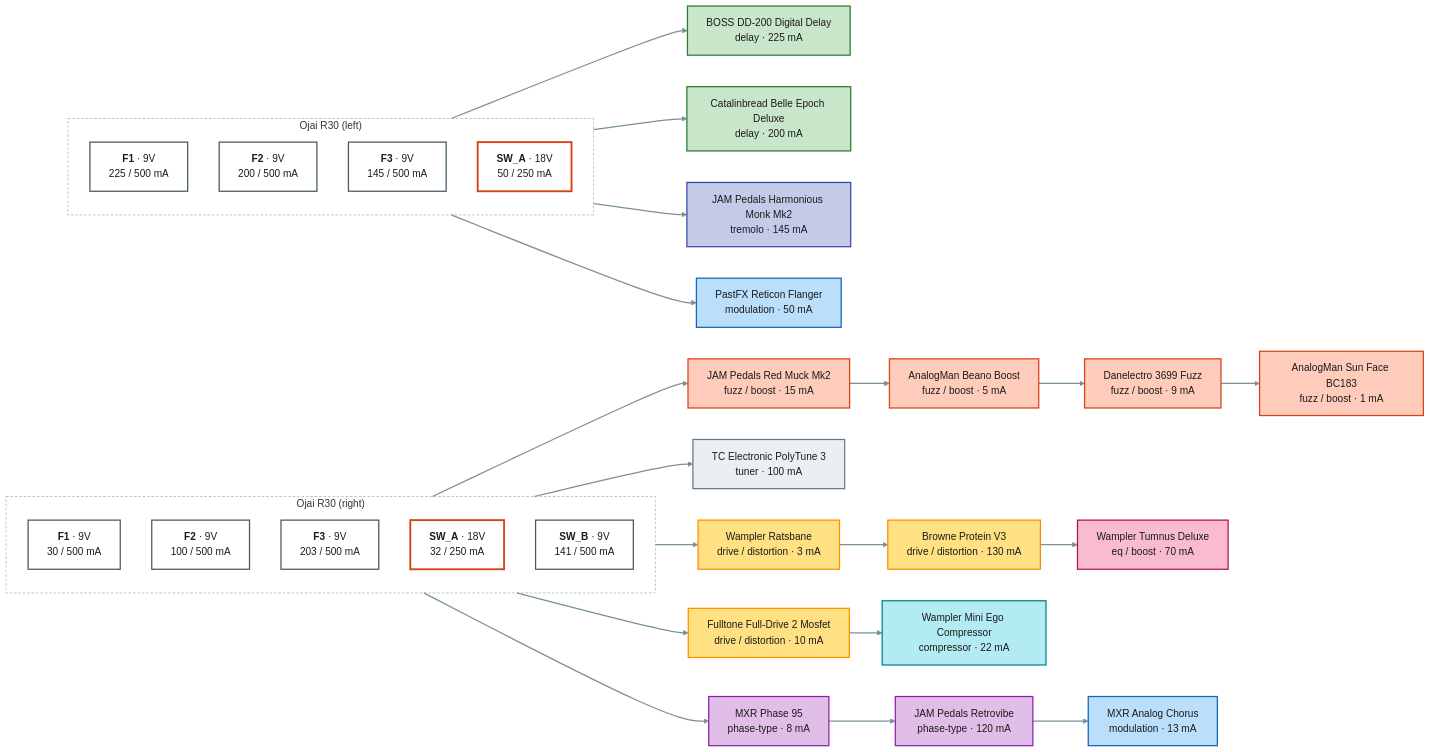
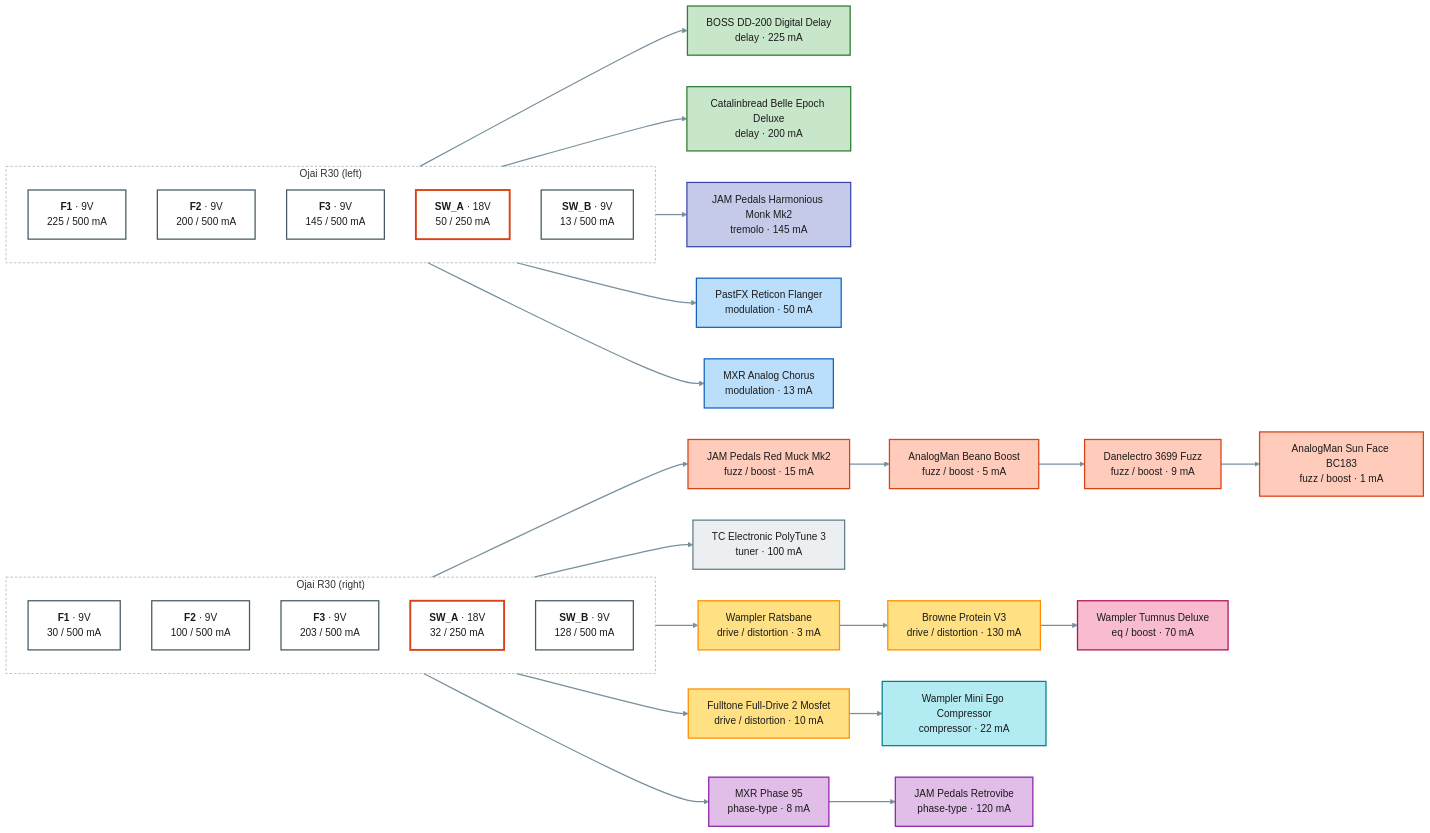
Before and after one commit to pedroacvieira/pedalboard: the second of 2 diagrams in projects/guitar-gig/README.md, drawn with Mermaid. The commit also changed other lines of this file and 18 other files, not shown here.

First line of the commit message:
guitar-gig: every Ojai output in use (Analog Chorus alone on psu1 SW_B, DC 3649 -> 3322 mm); proposals: unmoved pedals keep their exact position; toppers suggested on bypass switches only

````diff
--- a/projects/guitar-gig/README.md
+++ b/projects/guitar-gig/README.md
@@ -150,67 +150,68 @@
 ```mermaid
 flowchart LR
     subgraph psu1["Ojai R30 (left)"]
         direction TB
         psu1_F1["<b>F1</b> · 9V<br/>225 / 500 mA"]:::out9
         psu1_F2["<b>F2</b> · 9V<br/>200 / 500 mA"]:::out9
         psu1_F3["<b>F3</b> · 9V<br/>145 / 500 mA"]:::out9
         psu1_SW_A["<b>SW_A</b> · 18V<br/>50 / 250 mA"]:::out18
+        psu1_SW_B["<b>SW_B</b> · 9V<br/>13 / 500 mA"]:::out9
     end
     subgraph psu2["Ojai R30 (right)"]
         direction TB
         psu2_F1["<b>F1</b> · 9V<br/>30 / 500 mA"]:::out9
         psu2_F2["<b>F2</b> · 9V<br/>100 / 500 mA"]:::out9
         psu2_F3["<b>F3</b> · 9V<br/>203 / 500 mA"]:::out9
         psu2_SW_A["<b>SW_A</b> · 18V<br/>32 / 250 mA"]:::out18
-        psu2_SW_B["<b>SW_B</b> · 9V<br/>141 / 500 mA"]:::out9
+        psu2_SW_B["<b>SW_B</b> · 9V<br/>128 / 500 mA"]:::out9
     end
     boss_dd200["BOSS DD-200 Digital Delay<br/>delay · 225 mA"]:::c_delay
     belle_epoch["Catalinbread Belle Epoch Deluxe<br/>delay · 200 mA"]:::c_delay
     monk["JAM Pedals Harmonious Monk Mk2<br/>tremolo · 145 mA"]:::c_tremolo
     reticon["PastFX Reticon Flanger<br/>modulation · 50 mA"]:::c_modulation
+    analog_chorus["MXR Analog Chorus<br/>modulation · 13 mA"]:::c_modulation
     red_muck["JAM Pedals Red Muck Mk2<br/>fuzz / boost · 15 mA"]:::c_fuzz___boost
     beano["AnalogMan Beano Boost<br/>fuzz / boost · 5 mA"]:::c_fuzz___boost
     danelectro_3699["Danelectro 3699 Fuzz<br/>fuzz / boost · 9 mA"]:::c_fuzz___boost
     sun_face["AnalogMan Sun Face BC183<br/>fuzz / boost · 1 mA"]:::c_fuzz___boost
     polytune_3["TC Electronic PolyTune 3<br/>tuner · 100 mA"]:::c_tuner
     ratsbane["Wampler Ratsbane<br/>drive / distortion · 3 mA"]:::c_drive___distortion
     protein["Browne Protein V3<br/>drive / distortion · 130 mA"]:::c_drive___distortion
     tumnus_deluxe["Wampler Tumnus Deluxe<br/>eq / boost · 70 mA"]:::c_eq___boost
     fulldrive_2["Fulltone Full-Drive 2 Mosfet<br/>drive / distortion · 10 mA"]:::c_drive___distortion
     mini_ego["Wampler Mini Ego Compressor<br/>compressor · 22 mA"]:::c_compressor
     phase_95["MXR Phase 95<br/>phase-type · 8 mA"]:::c_phase_type
     retrovibe["JAM Pedals Retrovibe<br/>phase-type · 120 mA"]:::c_phase_type
-    analog_chorus["MXR Analog Chorus<br/>modulation · 13 mA"]:::c_modulation
     psu1_F1 --> boss_dd200
     psu1_F2 --> belle_epoch
     psu1_F3 --> monk
     psu1_SW_A --> reticon
+    psu1_SW_B --> analog_chorus
     psu2_F1 --> red_muck
     red_muck --> beano
     beano --> danelectro_3699
     danelectro_3699 --> sun_face
     psu2_F2 --> polytune_3
     psu2_F3 --> ratsbane
     ratsbane --> protein
     protein --> tumnus_deluxe
     psu2_SW_A --> fulldrive_2
     fulldrive_2 --> mini_ego
     psu2_SW_B --> phase_95
     phase_95 --> retrovibe
-    retrovibe --> analog_chorus
     classDef out9 fill:#ffffff,stroke:#455a64,stroke-width:2px,color:#1b1b1b
     classDef out18 fill:#ffffff,stroke:#d84315,stroke-width:3px,color:#1b1b1b
     classDef spare fill:#fafafa,stroke:#9e9e9e,stroke-dasharray:4 3,color:#757575
     classDef c_tuner fill:#eceff1,stroke:#607d8b,stroke-width:2px,color:#1b1b1b
     classDef c_compressor fill:#b2ebf2,stroke:#00838f,stroke-width:2px,color:#1b1b1b
     classDef c_fuzz___boost fill:#ffccbc,stroke:#d84315,stroke-width:2px,color:#1b1b1b
     classDef c_drive___distortion fill:#ffe082,stroke:#ff8f00,stroke-width:2px,color:#1b1b1b
     classDef c_phase_type fill:#e1bee7,stroke:#8e24aa,stroke-width:2px,color:#1b1b1b
     classDef c_modulation fill:#bbdefb,stroke:#1565c0,stroke-width:2px,color:#1b1b1b
     classDef c_tremolo fill:#c5cae9,stroke:#3949ab,stroke-width:2px,color:#1b1b1b
     classDef c_delay fill:#c8e6c9,stroke:#2e7d32,stroke-width:2px,color:#1b1b1b
     classDef c_eq___boost fill:#f8bbd0,stroke:#ad1457,stroke-width:2px,color:#1b1b1b
     style psu1 fill:none,stroke:#90a4ae,stroke-dasharray:4 3
     style psu2 fill:none,stroke:#90a4ae,stroke-dasharray:4 3
     linkStyle default stroke:#78909c,stroke-width:2px
 ```
````
